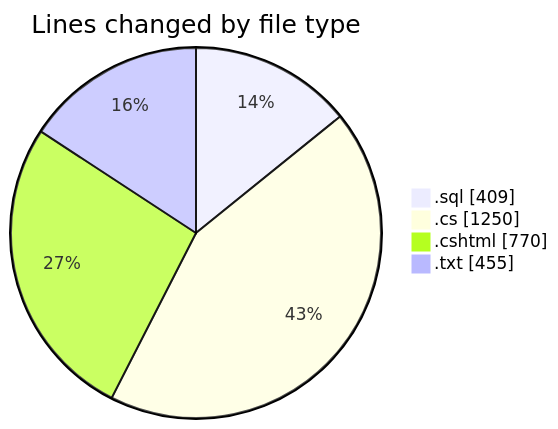
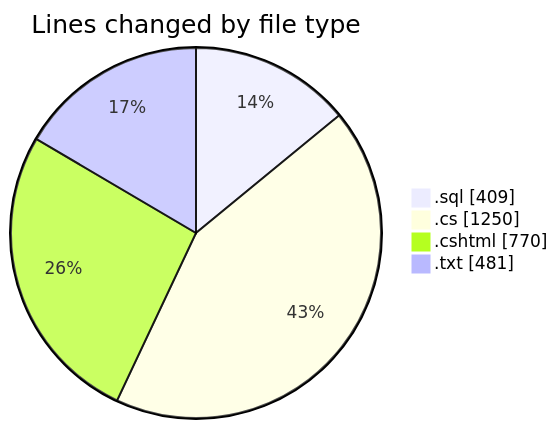
The first of 2 diagrams in 2025-07-23/quanlyrapchieuphim/README.md (lephambinh05/code-tracking), drawn with Mermaid before and after one commit. The commit also changed other lines of this file and 1 other file, not shown here.

````diff
--- a/2025-07-23/quanlyrapchieuphim/README.md
+++ b/2025-07-23/quanlyrapchieuphim/README.md
@@ -27,8 +27,8 @@
 ```mermaid
 pie showData
 title Lines changed by file type
 ".sql" : 409
 ".cs" : 1250
 ".cshtml" : 770
-".txt" : 455
+".txt" : 481
 ```
````
